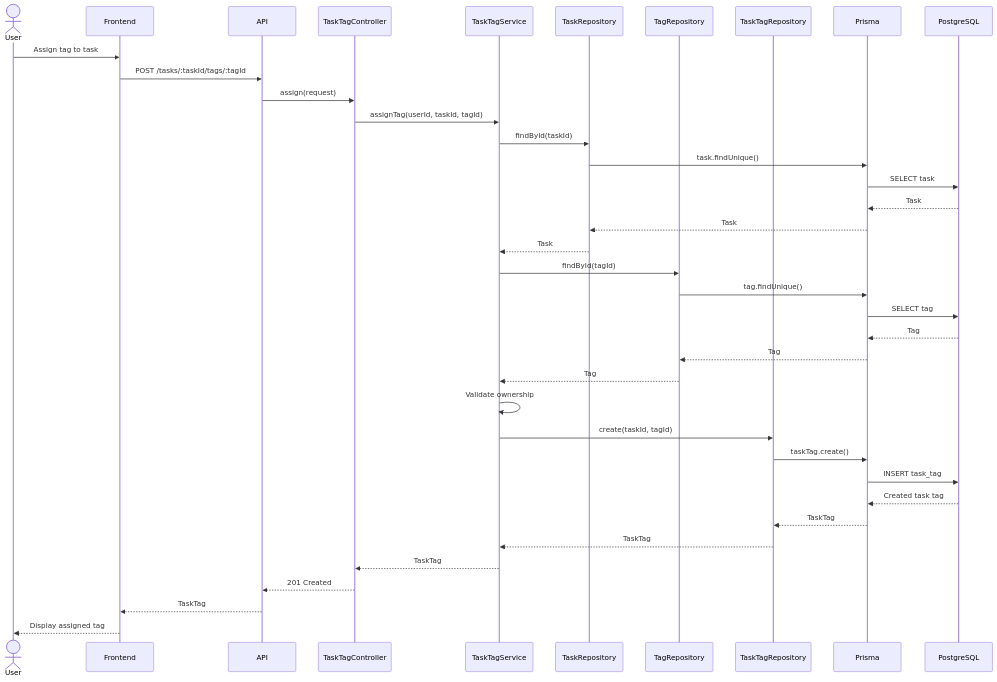
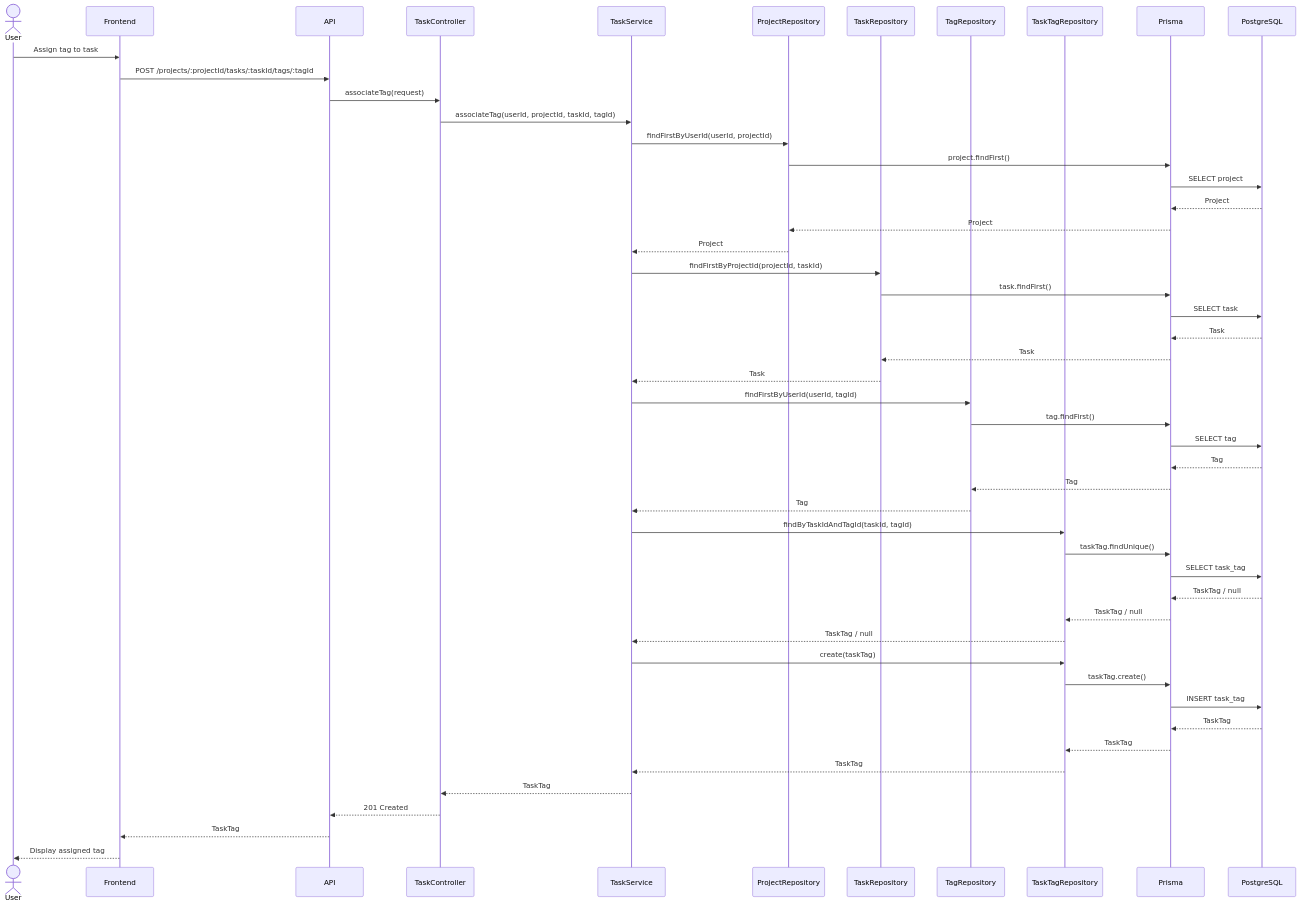
One commit to davihenriquedev1/prodixus changed the diagram in docs/diagrams/sequence-diagrams/task-tags/assign.md. Above: the diagram before and after it, drawn with Mermaid. The commit also changed other lines of this file and 5 other files, not shown here.

Commit message:
feat(task): implement task tag association

````diff
--- a/docs/diagrams/sequence-diagrams/task-tags/assign.md
+++ b/docs/diagrams/sequence-diagrams/task-tags/assign.md
@@ -3,77 +3,62 @@
 ```mermaid
 sequenceDiagram
 
     actor User
-
     participant Frontend
-
     participant API
-
-    participant TaskTagController
-
-    participant TaskTagService
-
+    participant TaskController
+    participant TaskService
+    participant ProjectRepository
     participant TaskRepository
-
     participant TagRepository
-
     participant TaskTagRepository
-
     participant Prisma
-
     participant PostgreSQL
 
     User->>Frontend: Assign tag to task
 
-    Frontend->>API: POST /tasks/:taskId/tags/:tagId
+    Frontend->>API: POST /projects/:projectId/tasks/:taskId/tags/:tagId
+    API->>TaskController: associateTag(request)
 
-    API->>TaskTagController: assign(request)
+    TaskController->>TaskService: associateTag(userId, projectId, taskId, tagId)
 
-    TaskTagController->>TaskTagService: assignTag(userId, taskId, tagId)
+    TaskService->>ProjectRepository: findFirstByUserId(userId, projectId)
+    ProjectRepository->>Prisma: project.findFirst()
+    Prisma->>PostgreSQL: SELECT project
+    PostgreSQL-->>Prisma: Project
+    Prisma-->>ProjectRepository: Project
+    ProjectRepository-->>TaskService: Project
 
-    TaskTagService->>TaskRepository: findById(taskId)
+    TaskService->>TaskRepository: findFirstByProjectId(projectId, taskId)
+    TaskRepository->>Prisma: task.findFirst()
+    Prisma->>PostgreSQL: SELECT task
+    PostgreSQL-->>Prisma: Task
+    Prisma-->>TaskRepository: Task
+    TaskRepository-->>TaskService: Task
 
-    TaskRepository->>Prisma: task.findUnique()
+    TaskService->>TagRepository: findFirstByUserId(userId, tagId)
+    TagRepository->>Prisma: tag.findFirst()
+    Prisma->>PostgreSQL: SELECT tag
+    PostgreSQL-->>Prisma: Tag
+    Prisma-->>TagRepository: Tag
+    TagRepository-->>TaskService: Tag
 
-    Prisma->>PostgreSQL: SELECT task
+    TaskService->>TaskTagRepository: findByTaskIdAndTagId(taskId, tagId)
+    TaskTagRepository->>Prisma: taskTag.findUnique()
+    Prisma->>PostgreSQL: SELECT task_tag
+    PostgreSQL-->>Prisma: TaskTag / null
+    Prisma-->>TaskTagRepository: TaskTag / null
+    TaskTagRepository-->>TaskService: TaskTag / null
 
-    PostgreSQL-->>Prisma: Task
+    TaskService->>TaskTagRepository: create(taskTag)
+    TaskTagRepository->>Prisma: taskTag.create()
+    Prisma->>PostgreSQL: INSERT task_tag
+    PostgreSQL-->>Prisma: TaskTag
+    Prisma-->>TaskTagRepository: TaskTag
+    TaskTagRepository-->>TaskService: TaskTag
 
-    Prisma-->>TaskRepository: Task
-
-    TaskRepository-->>TaskTagService: Task
-
-    TaskTagService->>TagRepository: findById(tagId)
-
-    TagRepository->>Prisma: tag.findUnique()
-
-    Prisma->>PostgreSQL: SELECT tag
-
-    PostgreSQL-->>Prisma: Tag
-
-    Prisma-->>TagRepository: Tag
-
-    TagRepository-->>TaskTagService: Tag
-
-    TaskTagService->>TaskTagService: Validate ownership
-
-    TaskTagService->>TaskTagRepository: create(taskId, tagId)
-
-    TaskTagRepository->>Prisma: taskTag.create()
-
-    Prisma->>PostgreSQL: INSERT task_tag
-
-    PostgreSQL-->>Prisma: Created task tag
-
-    Prisma-->>TaskTagRepository: TaskTag
-
-    TaskTagRepository-->>TaskTagService: TaskTag
-
-    TaskTagService-->>TaskTagController: TaskTag
-
-    TaskTagController-->>API: 201 Created
-
+    TaskService-->>TaskController: TaskTag
+    TaskController-->>API: 201 Created
     API-->>Frontend: TaskTag
-
     Frontend-->>User: Display assigned tag
 ```
````
